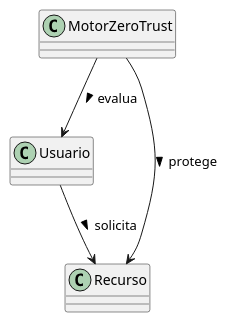
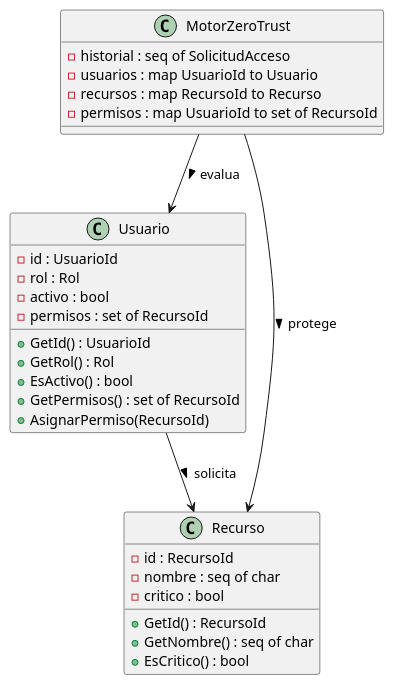
Before and after one commit to aaronQuinonez/Zero-Trust-VDM: the diagram in docs/clases.puml, drawn with PlantUML. The commit also changed 3 other files, not shown here.

Commit message:
E3-E4: modelado de Usuario con Set, Recurso y diagrama de clases

```diff
--- a/docs/clases.puml
+++ b/docs/clases.puml
@@ -1,18 +1,36 @@
 @startuml
 ' Etapa E4: Diagrama de clases del Sistema de Control de Acceso Zero Trust
-' TODO (E4): Detallar atributos, tipos VDM++ y métodos de cada clase
 
 class Usuario {
+  - id : UsuarioId
+  - rol : Rol
+  - activo : bool
+  - permisos : set of RecursoId
+  + GetId() : UsuarioId
+  + GetRol() : Rol
+  + EsActivo() : bool
+  + GetPermisos() : set of RecursoId
+  + AsignarPermiso(RecursoId)
 }
 
 class Recurso {
+  - id : RecursoId
+  - nombre : seq of char
+  - critico : bool
+  + GetId() : RecursoId
+  + GetNombre() : seq of char
+  + EsCritico() : bool
 }
 
 class MotorZeroTrust {
+  - historial : seq of SolicitudAcceso
+  - usuarios : map UsuarioId to Usuario
+  - recursos : map RecursoId to Recurso
+  - permisos : map UsuarioId to set of RecursoId
 }
 
 Usuario --> Recurso : solicita >
 MotorZeroTrust --> Usuario : evalua >
 MotorZeroTrust --> Recurso : protege >
 
 @enduml
```
